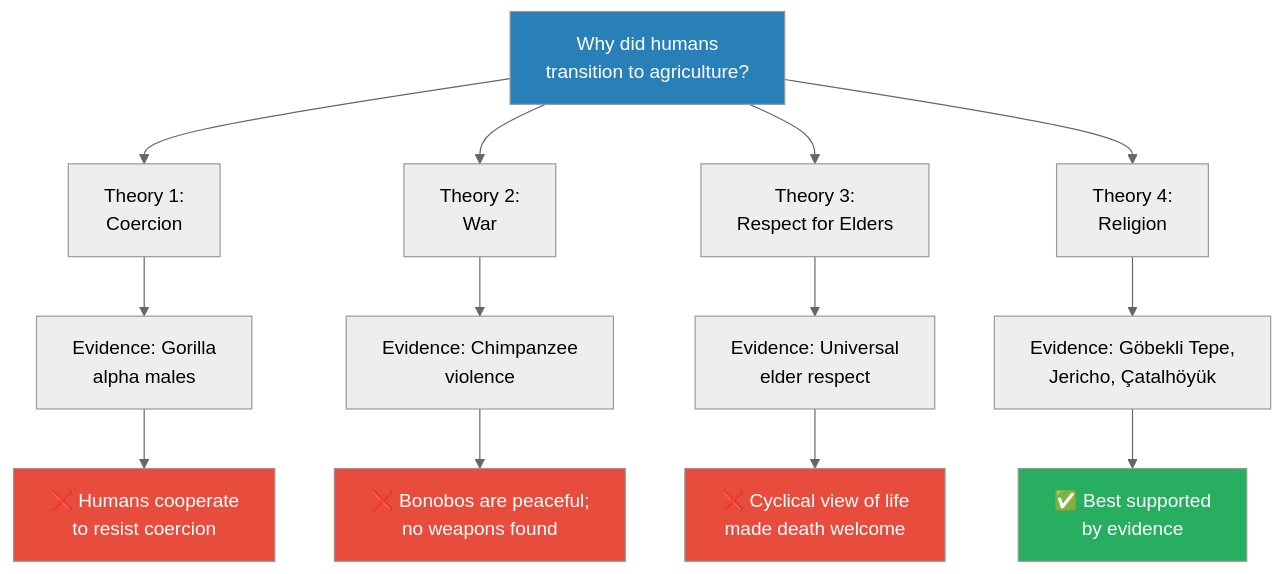
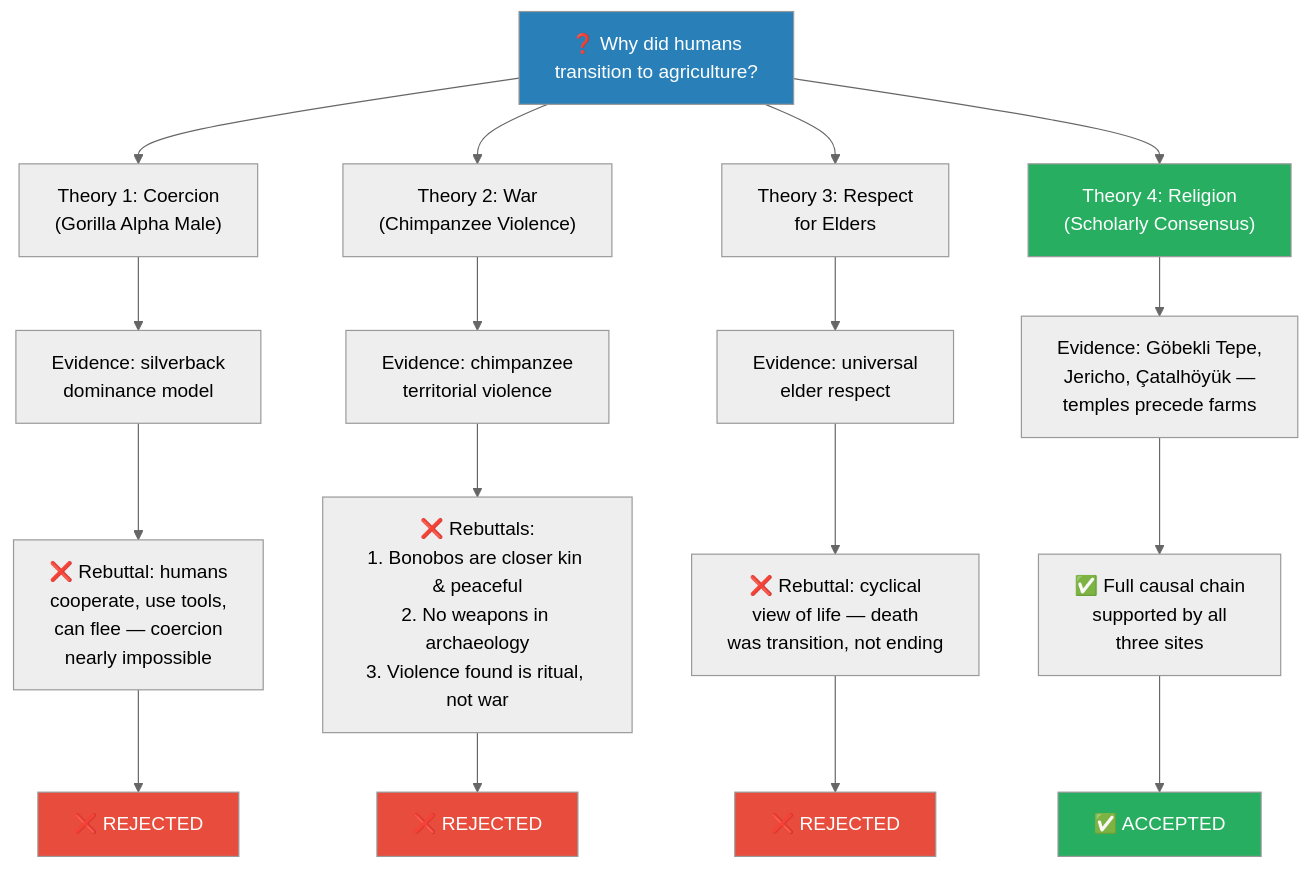
Before and after one commit to alius33/reader: the third of 7 diagrams in summaries/Lectures/Civilization/01 - Explaining Humanity's Transition to Agriculture.md, drawn with Mermaid (neutral theme). The commit also changed other lines of this file and 276 other files, not shown here.

````diff
--- a/summaries/Lectures/Civilization/01 - Explaining Humanity's Transition to Agriculture.md
+++ b/summaries/Lectures/Civilization/01 - Explaining Humanity's Transition to Agriculture.md
@@ -111,21 +399,26 @@
 ```mermaid
-flowchart TB
-    Q["Why did humans<br/>transition to agriculture?"]
-    Q --> T1["Theory 1:<br/>Coercion"]
-    Q --> T2["Theory 2:<br/>War"]
-    Q --> T3["Theory 3:<br/>Respect for Elders"]
-    Q --> T4["Theory 4:<br/>Religion"]
-    T1 --> E1["Evidence: Gorilla<br/>alpha males"]
-    T2 --> E2["Evidence: Chimpanzee<br/>violence"]
-    T3 --> E3["Evidence: Universal<br/>elder respect"]
-    T4 --> E4["Evidence: Göbekli Tepe,<br/>Jericho, Çatalhöyük"]
-    E1 --> X1["❌ Humans cooperate<br/>to resist coercion"]
-    E2 --> X2["❌ Bonobos are peaceful;<br/>no weapons found"]
-    E3 --> X3["❌ Cyclical view of life<br/>made death welcome"]
-    E4 --> V["✅ Best supported<br/>by evidence"]
-    style V fill:#27ae60,color:#fff
-    style X1 fill:#e74c3c,color:#fff
-    style X2 fill:#e74c3c,color:#fff
-    style X3 fill:#e74c3c,color:#fff
+flowchart TD
+    Q["❓ Why did humans<br/>transition to agriculture?"]
+    Q --> T1["Theory 1: Coercion<br/>(Gorilla Alpha Male)"]
+    Q --> T2["Theory 2: War<br/>(Chimpanzee Violence)"]
+    Q --> T3["Theory 3: Respect<br/>for Elders"]
+    Q --> T4["Theory 4: Religion<br/>(Scholarly Consensus)"]
+    T1 --> E1["Evidence: silverback<br/>dominance model"]
+    E1 --> R1["❌ Rebuttal: humans<br/>cooperate, use tools,<br/>can flee — coercion<br/>nearly impossible"]
+    R1 --> V1["❌ REJECTED"]
+    T2 --> E2["Evidence: chimpanzee<br/>territorial violence"]
+    E2 --> R2["❌ Rebuttals:<br/>1. Bonobos are closer kin & peaceful<br/>2. No weapons in archaeology<br/>3. Violence found is ritual, not war"]
+    R2 --> V2["❌ REJECTED"]
+    T3 --> E3["Evidence: universal<br/>elder respect"]
+    E3 --> R3["❌ Rebuttal: cyclical<br/>view of life — death<br/>was transition, not ending"]
+    R3 --> V3["❌ REJECTED"]
+    T4 --> E4["Evidence: Göbekli Tepe,<br/>Jericho, Çatalhöyük —<br/>temples precede farms"]
+    E4 --> R4["✅ Full causal chain<br/>supported by all<br/>three sites"]
+    R4 --> V4["✅ ACCEPTED"]
+    style V1 fill:#e74c3c,color:#fff
+    style V2 fill:#e74c3c,color:#fff
+    style V3 fill:#e74c3c,color:#fff
+    style V4 fill:#27ae60,color:#fff
     style Q fill:#2980b9,color:#fff
+    style T4 fill:#27ae60,color:#fff
 ```
````
